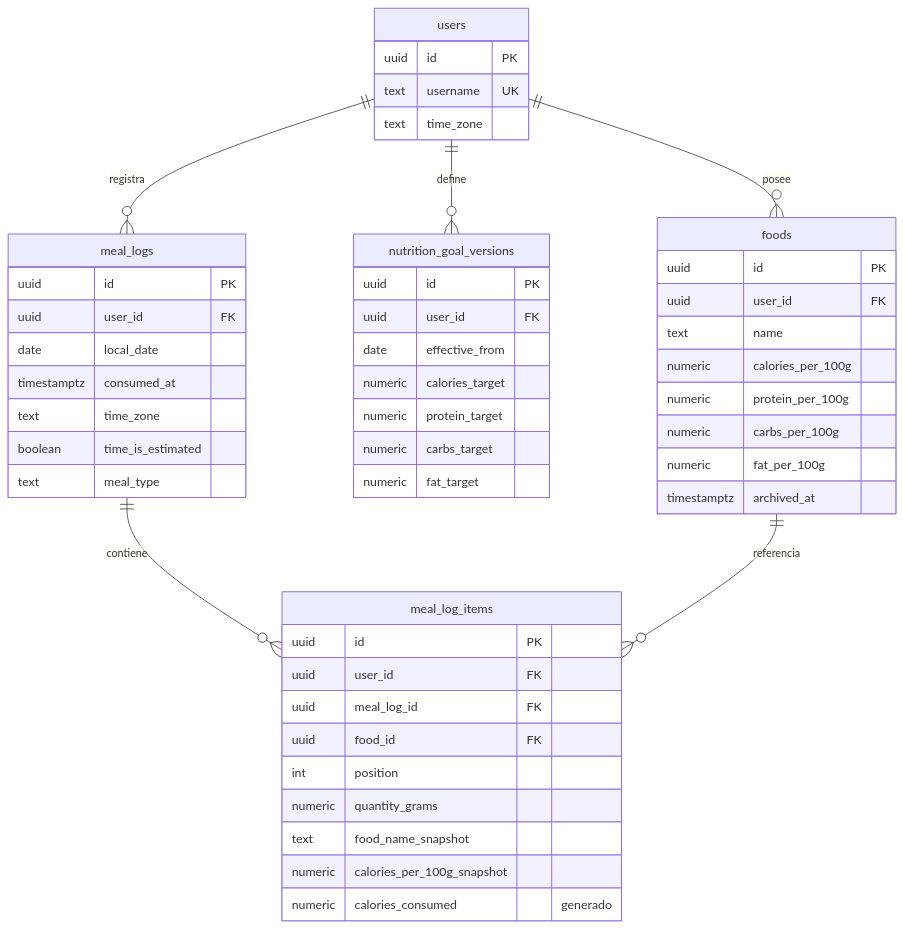
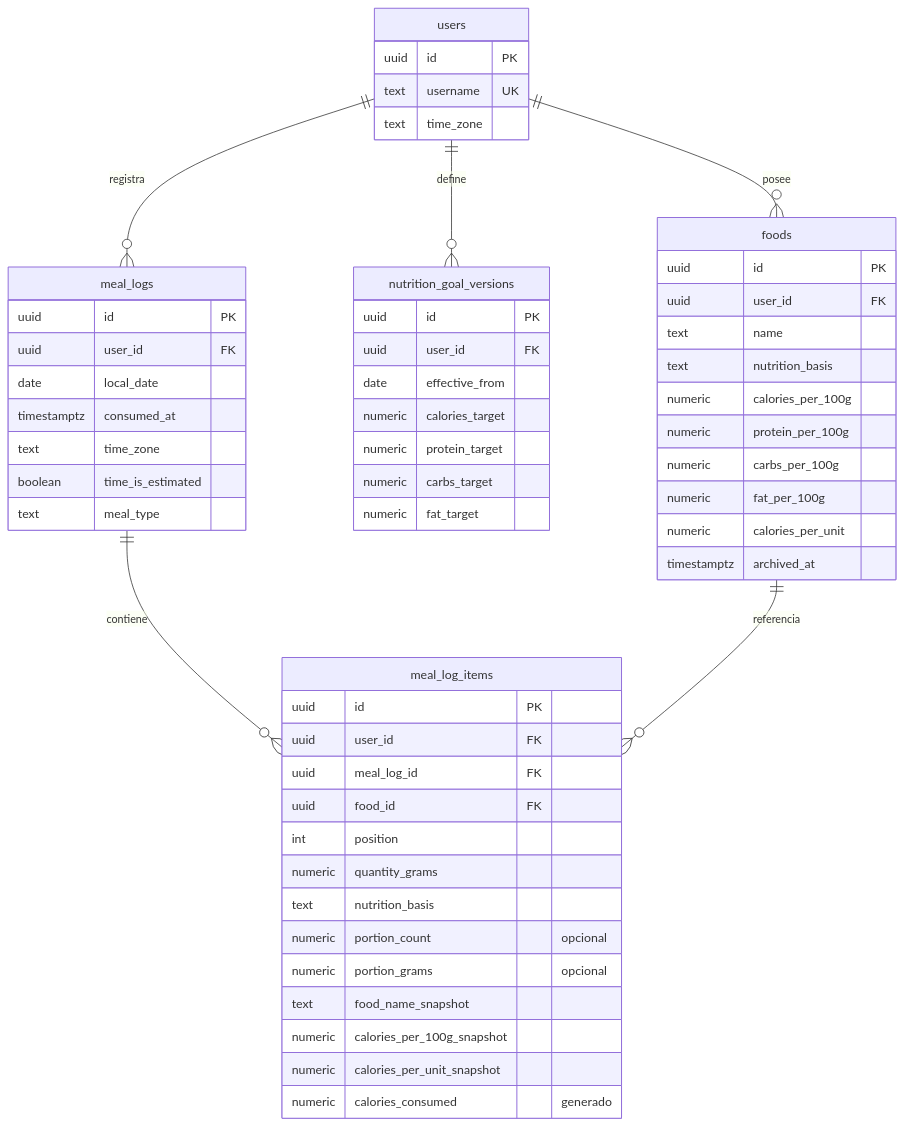
One commit to Yorye-dev/fitness-backend changed the first of 2 diagrams in docs/database/README.md. Above: the diagram before and after it, drawn with Mermaid. The commit also changed other lines of this file and 54 other files, not shown here.

````diff
--- a/docs/database/README.md
+++ b/docs/database/README.md
@@ -31,53 +31,59 @@
 ```mermaid
 erDiagram
     users ||--o{ foods : posee
     users ||--o{ nutrition_goal_versions : define
     users ||--o{ meal_logs : registra
     meal_logs ||--o{ meal_log_items : contiene
     foods ||--o{ meal_log_items : referencia
 
     users {
         uuid id PK
         text username UK
         text time_zone
     }
     foods {
         uuid id PK
         uuid user_id FK
         text name
+        text nutrition_basis
         numeric calories_per_100g
         numeric protein_per_100g
         numeric carbs_per_100g
         numeric fat_per_100g
+        numeric calories_per_unit
         timestamptz archived_at
     }
     nutrition_goal_versions {
         uuid id PK
         uuid user_id FK
         date effective_from
         numeric calories_target
         numeric protein_target
         numeric carbs_target
         numeric fat_target
     }
     meal_logs {
         uuid id PK
         uuid user_id FK
         date local_date
         timestamptz consumed_at
         text time_zone
         boolean time_is_estimated
         text meal_type
     }
     meal_log_items {
         uuid id PK
         uuid user_id FK
         uuid meal_log_id FK
         uuid food_id FK
         int position
         numeric quantity_grams
+        text nutrition_basis
+        numeric portion_count "opcional"
+        numeric portion_grams "opcional"
         text food_name_snapshot
         numeric calories_per_100g_snapshot
+        numeric calories_per_unit_snapshot
         numeric calories_consumed "generado"
     }
 ```
````
